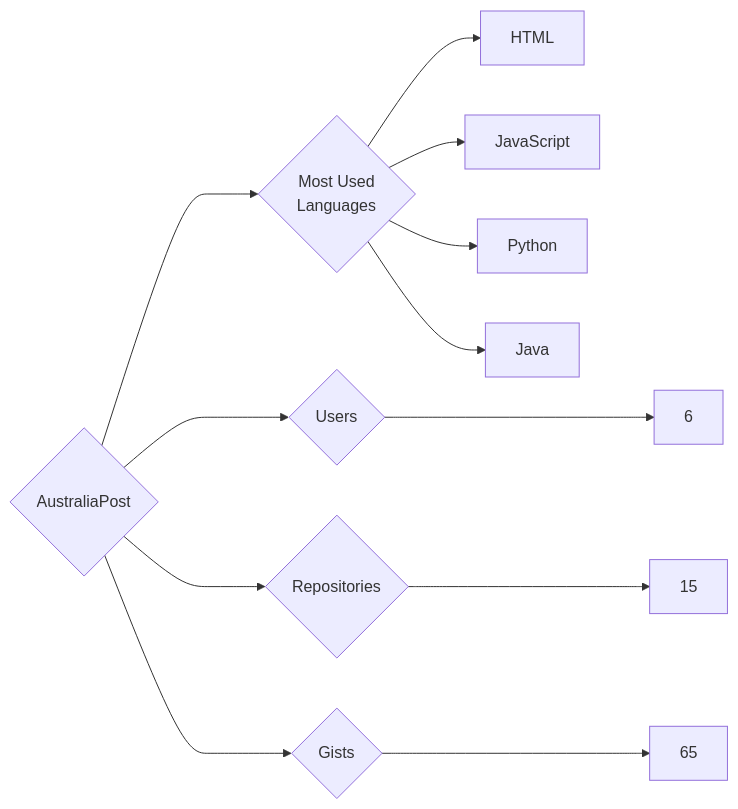
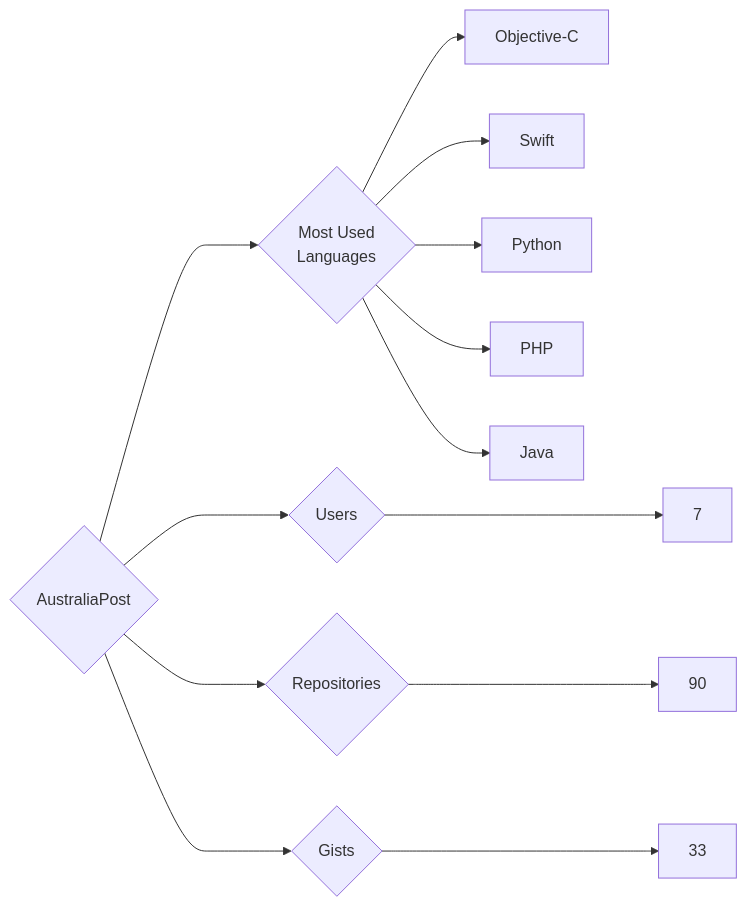
The diagram in targets/AustraliaPost/README.md (trickest/insiders), drawn with Mermaid before and after one commit. The commit also changed 1148 other files, not shown here.

````diff
--- a/targets/AustraliaPost/README.md
+++ b/targets/AustraliaPost/README.md
@@ -3,12 +3,13 @@
 ```mermaid
 graph LR
 COMPANY_NAME{AustraliaPost}
-COMPANY_NAME ---> U{Users} ---> UN[6]
-COMPANY_NAME ---> R{Repositories} ---> RN[15]
-COMPANY_NAME ---> G{Gists} ---> GN[65]
+COMPANY_NAME ---> U{Users} ---> UN[7]
+COMPANY_NAME ---> R{Repositories} ---> RN[90]
+COMPANY_NAME ---> G{Gists} ---> GN[33]
 COMPANY_NAME ---> ML{Most Used<br>Languages}
-ML --> HTML[HTML]
-ML --> JavaScript[JavaScript]
+ML --> Objective-C[Objective-C]
+ML --> Swift[Swift]
 ML --> Python[Python]
+ML --> PHP[PHP]
 ML --> Java[Java]
 ```
````
